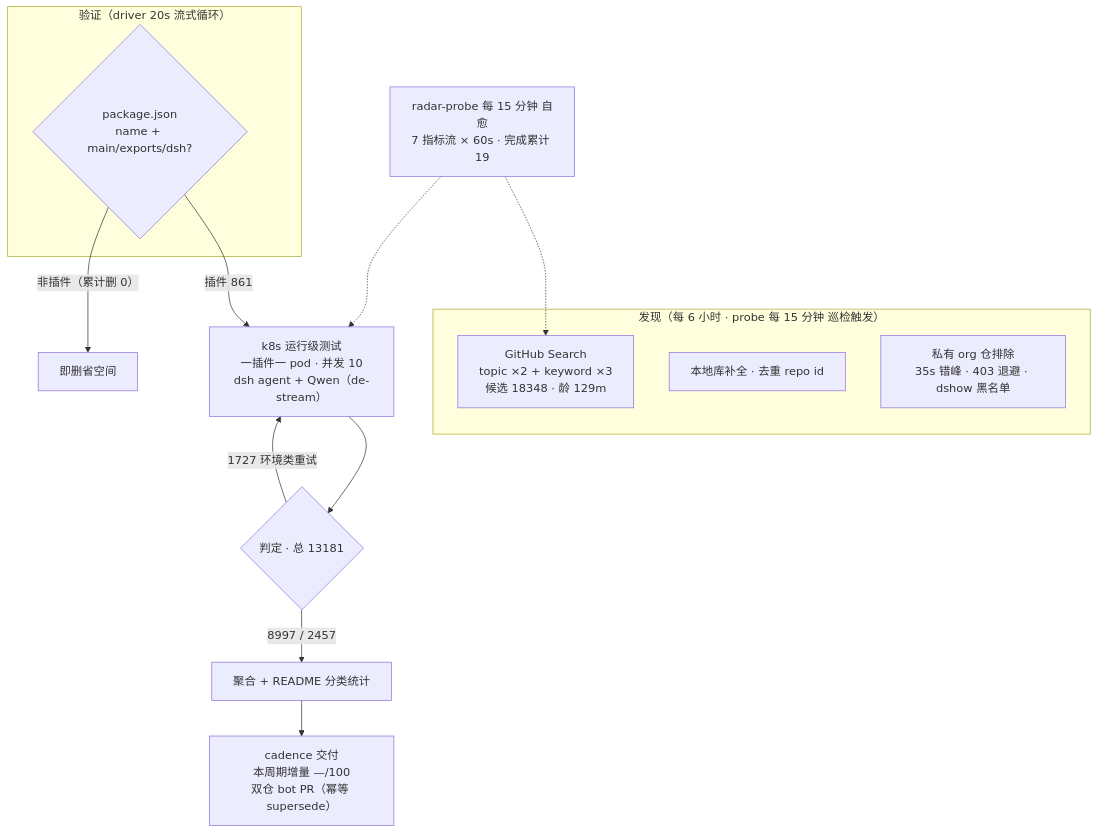
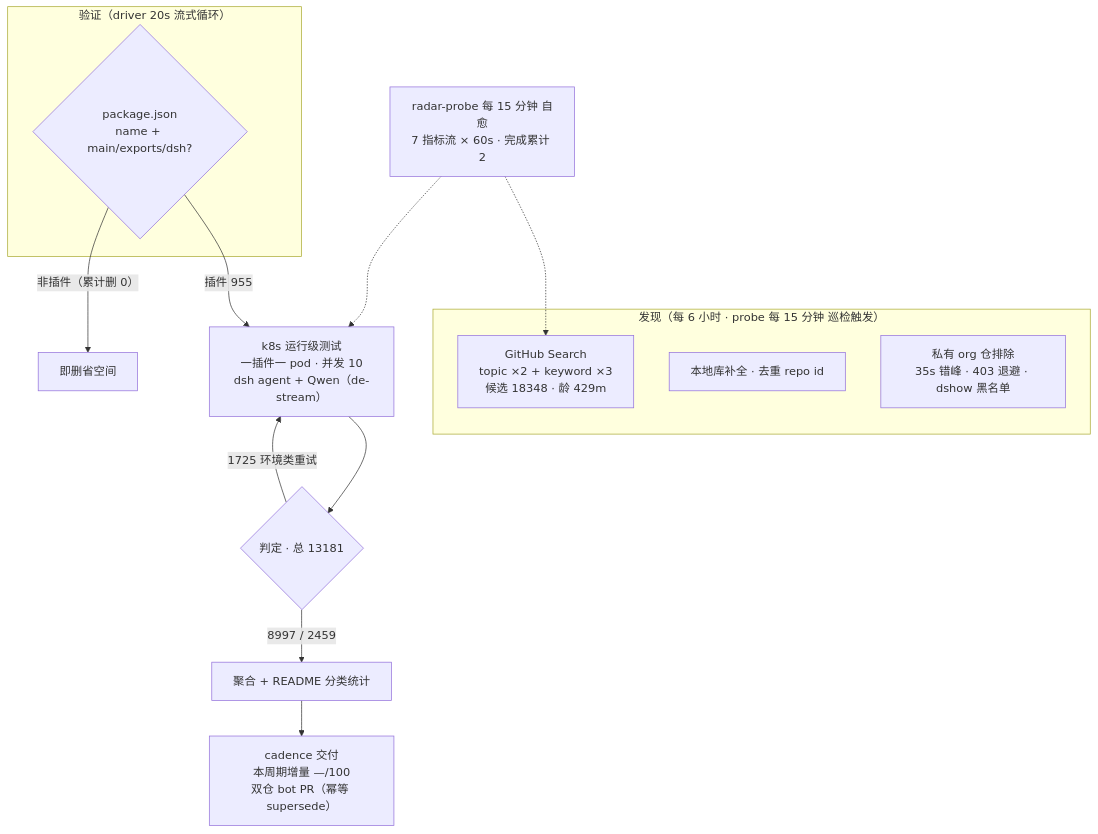
The diagram in README.md (AdamPlatin123/awesome-dsh-plugins), drawn with Mermaid before and after one commit. The commit also changed other lines of this file and 7 other files, not shown here.

````diff
--- a/README.md
+++ b/README.md
@@ -52,20 +52,20 @@
 ```mermaid
 flowchart TB
     subgraph Discovery["发现（每 6 小时 · probe 每 15 分钟 巡检触发）"]
-        A1["GitHub Search<br/>topic ×2 + keyword ×3<br/>候选 18348 · 龄 129m"]
+        A1["GitHub Search<br/>topic ×2 + keyword ×3<br/>候选 18348 · 龄 429m"]
         A2["本地库补全 · 去重 repo id"]
         A3["私有 org 仓排除<br/>35s 错峰 · 403 退避 · dshow 黑名单"]
     end
     subgraph Validation["验证（driver 20s 流式循环）"]
         B1{"package.json<br/>name + main/exports/dsh?"}
     end
-    B1 -->|"插件 861"| C1["k8s 运行级测试<br/>一插件一 pod · 并发 10<br/>dsh agent + Qwen（de-stream）"]
+    B1 -->|"插件 955"| C1["k8s 运行级测试<br/>一插件一 pod · 并发 10<br/>dsh agent + Qwen（de-stream）"]
     B1 -->|"非插件（累计删 0）"| B3["即删省空间"]
     C1 --> D1{"判定 · 总 13181"}
-    D1 -->|"8997 / 2457"| E1["聚合 + README 分类统计"]
-    D1 -->|"1727 环境类重试"| C1
+    D1 -->|"8997 / 2459"| E1["聚合 + README 分类统计"]
+    D1 -->|"1725 环境类重试"| C1
     E1 --> E2["cadence 交付<br/>本周期增量 —/100<br/>双仓 bot PR（幂等 supersede）"]
-    M["radar-probe 每 15 分钟 自愈<br/>7 指标流 × 60s · 完成累计 19"]
+    M["radar-probe 每 15 分钟 自愈<br/>7 指标流 × 60s · 完成累计 2"]
     M -.-> A1
     M -.-> C1
 ```
````
